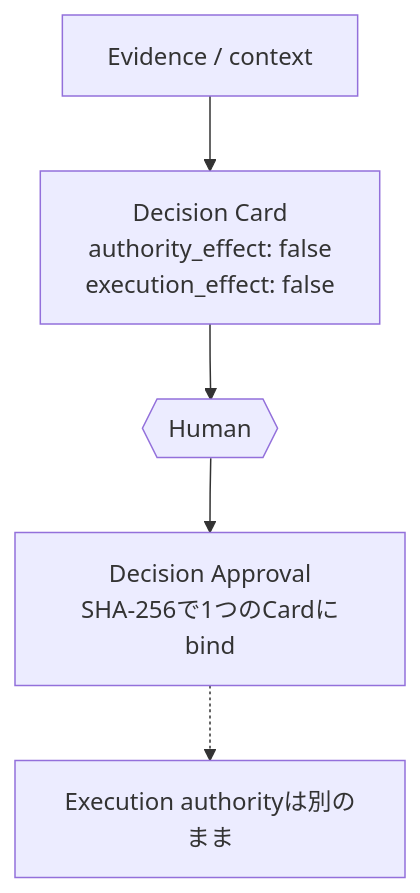
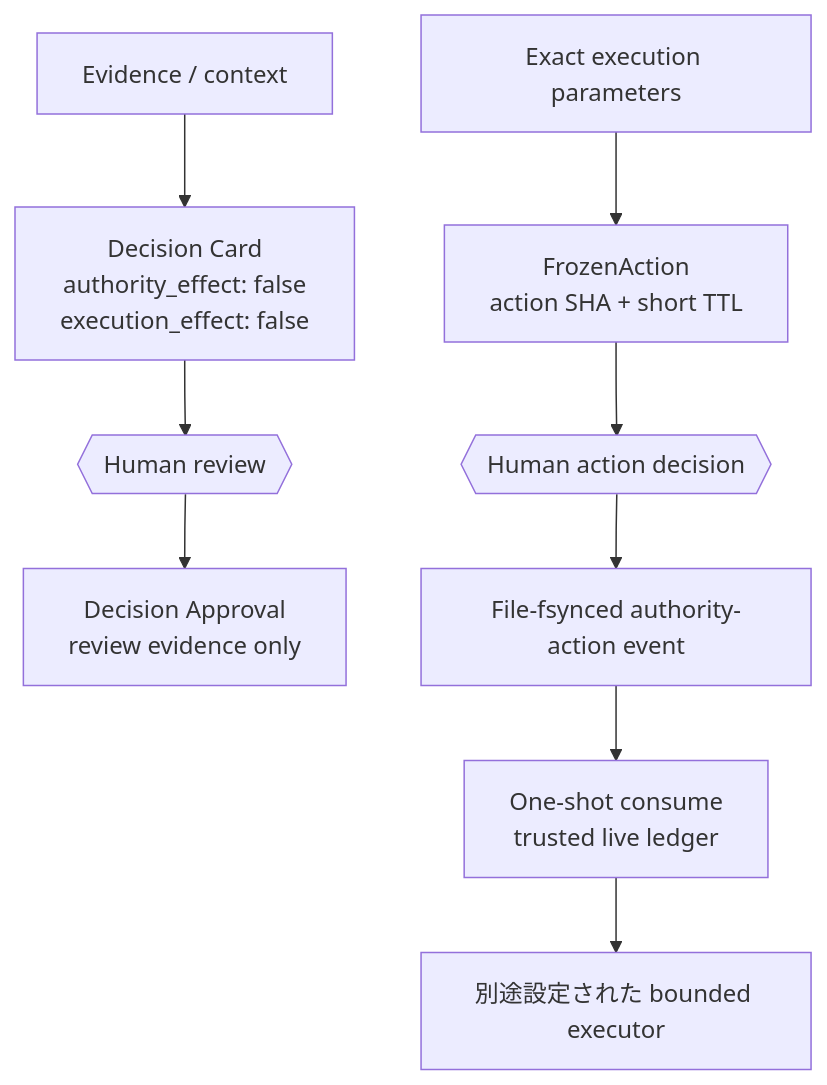
Before and after one commit to UMEBOSHIISAN/mothership: the second of 2 diagrams in docs/ja/README.md, drawn with Mermaid. The commit also changed other lines of this file and 16 other files, not shown here.

Commit message:
docs: converge mothership authority architecture

````diff
--- a/docs/ja/README.md
+++ b/docs/ja/README.md
@@ -115,11 +127,16 @@
 ```mermaid
 flowchart TD
     E[Evidence / context]
     C["Decision Card<br/>authority_effect: false<br/>execution_effect: false"]
-    H{{Human}}
-    A["Decision Approval<br/>SHA-256で1つのCardにbind"]
-    X[Execution authorityは別のまま]
+    H1{{Human review}}
+    D["Decision Approval<br/>review evidence only"]
+    P[Exact execution parameters]
+    F["FrozenAction<br/>action SHA + short TTL"]
+    H2{{Human action decision}}
+    A[File-fsynced authority-action event]
+    O["One-shot consume<br/>trusted live ledger"]
+    X[別途設定された bounded executor]
 
-    E --> C --> H --> A
-    A -.-> X
+    E --> C --> H1 --> D
+    P --> F --> H2 --> A --> O --> X
 ```
````
